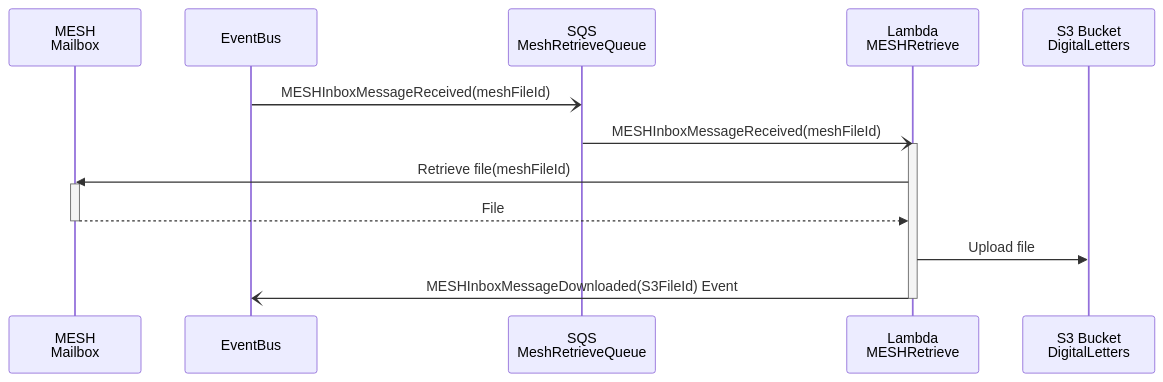
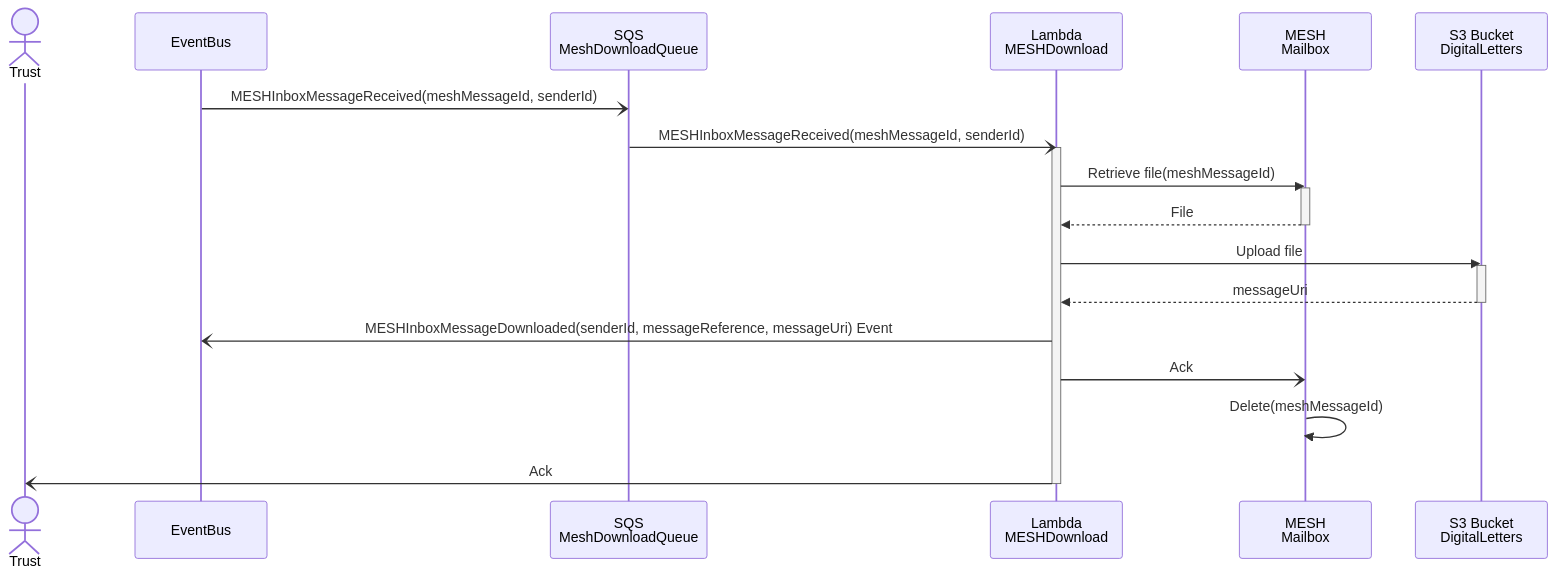
One commit to NHSDigital/nhs-notify-digital-letters changed the diagram in docs/collections/_diagrams/sequence-mesh-download.md. Above: the diagram before and after it, drawn with Mermaid. The commit also changed 6 other files, not shown here.

First line of the commit message:
CCM-12616: Add SSM and validation into MESH Poll  diagrams (#134)

````diff
--- a/docs/collections/_diagrams/sequence-mesh-download.md
+++ b/docs/collections/_diagrams/sequence-mesh-download.md
@@ -7,20 +7,27 @@
 ```mermaid
 
 sequenceDiagram
+  actor trust as Trust
+  participant eventBus as EventBus
+  participant sqs as SQS<br/>MeshDownloadQueue
+  participant meshDownload  as Lambda<br/>MESHDownload
   participant meshMailbox as MESH<br/>Mailbox
-  participant eventBus as EventBus
-  participant sqs as SQS<br/>MeshRetrieveQueue
-  participant meshRetrieve  as Lambda<br/>MESHRetrieve
   participant s3 as S3 Bucket<br/>DigitalLetters
 
-  eventBus -) sqs: MESHInboxMessageReceived(meshFileId)
-  sqs -) meshRetrieve: MESHInboxMessageReceived(meshFileId)
-  activate meshRetrieve
-    meshRetrieve ->> meshMailbox: Retrieve file(meshFileId)
+  eventBus -) sqs: MESHInboxMessageReceived(meshMessageId, senderId)
+  sqs -) meshDownload: MESHInboxMessageReceived(meshMessageId, senderId)
+  activate meshDownload
+    meshDownload ->> meshMailbox: Retrieve file(meshMessageId)
     activate meshMailbox
-      meshMailbox -->> meshRetrieve: File
+      meshMailbox -->> meshDownload: File
     deactivate meshMailbox
-    meshRetrieve ->> s3: Upload file
-    meshRetrieve -) eventBus: MESHInboxMessageDownloaded(S3FileId) Event
-  deactivate meshRetrieve
+    meshDownload ->> s3: Upload file
+    activate s3
+      s3 -->> meshDownload: messageUri
+    deactivate s3
+    meshDownload -) eventBus: MESHInboxMessageDownloaded(senderId, messageReference, messageUri) Event
+    meshDownload -) meshMailbox: Ack
+    meshMailbox ->> meshMailbox: Delete(meshMessageId)
+    meshDownload -) trust: Ack
+  deactivate meshDownload
 ```
````
